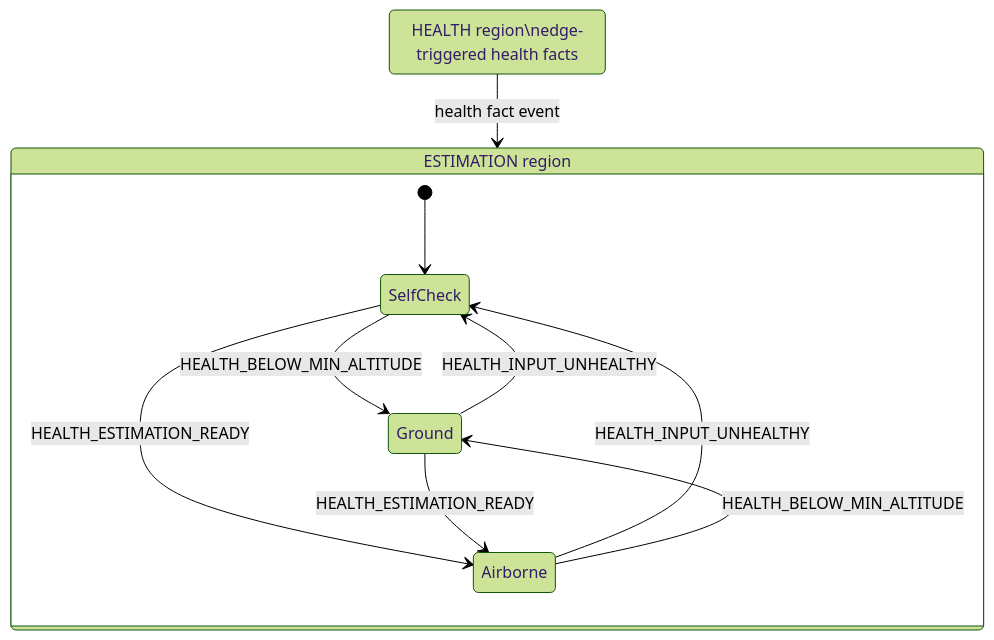
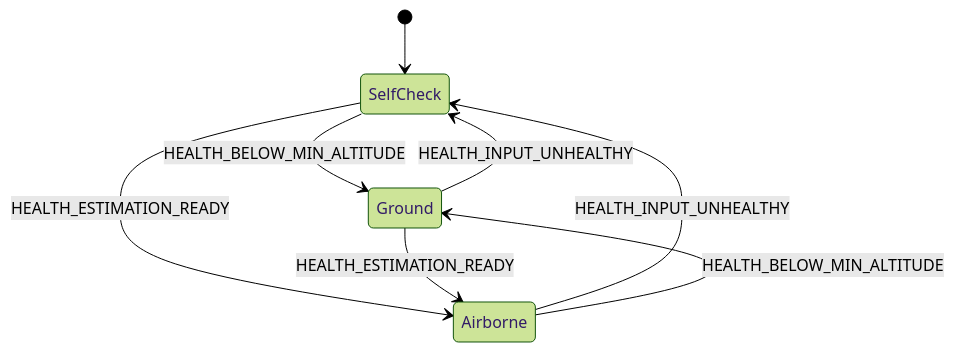
The first of 2 diagrams in README.md (XGC-Team/xgc2-estimator-hover-thrust), drawn with Mermaid (forest theme) before and after one commit. The commit also changed other lines of this file and 24 other files, not shown here.

````diff
--- a/README.md
+++ b/README.md
@@ -82,23 +82,16 @@
 ```mermaid
 stateDiagram-v2
-    state "HEALTH region\nedge-triggered health facts" as HEALTH
+    [*] --> SelfCheck
+    state SelfCheck
+    state Ground
+    state Airborne
 
-    state "ESTIMATION region" as ESTIMATION {
-        state SelfCheck
-        state Ground
-        state Airborne
+    SelfCheck --> Ground: HEALTH_BELOW_MIN_ALTITUDE
+    SelfCheck --> Airborne: HEALTH_ESTIMATION_READY
 
-        [*] --> SelfCheck
+    Ground --> SelfCheck: HEALTH_INPUT_UNHEALTHY
+    Ground --> Airborne: HEALTH_ESTIMATION_READY
 
-        SelfCheck --> Ground: HEALTH_BELOW_MIN_ALTITUDE
-        SelfCheck --> Airborne: HEALTH_ESTIMATION_READY
-
-        Ground --> SelfCheck: HEALTH_INPUT_UNHEALTHY
-        Ground --> Airborne: HEALTH_ESTIMATION_READY
-
-        Airborne --> SelfCheck: HEALTH_INPUT_UNHEALTHY
-        Airborne --> Ground: HEALTH_BELOW_MIN_ALTITUDE
-    }
-
-    HEALTH --> ESTIMATION: health fact event
+    Airborne --> SelfCheck: HEALTH_INPUT_UNHEALTHY
+    Airborne --> Ground: HEALTH_BELOW_MIN_ALTITUDE
 ```
````
